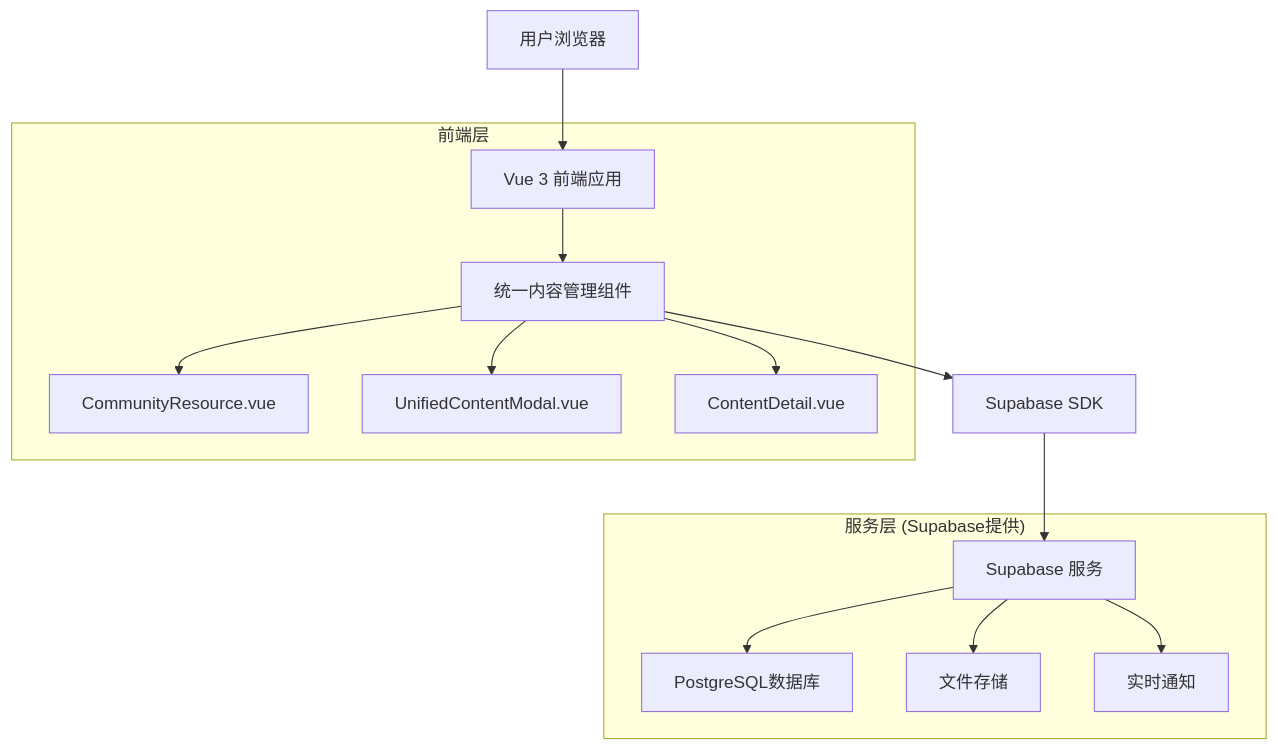
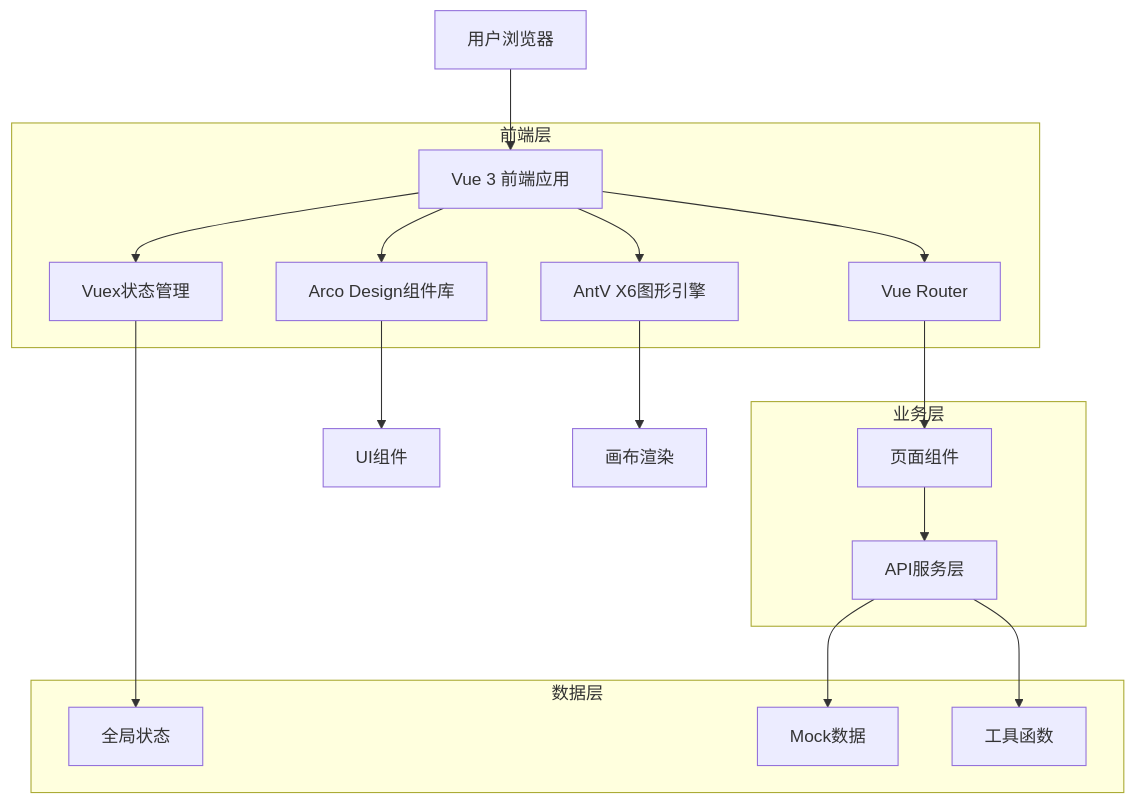
One commit to wenbo0527/data_community changed the first of 2 diagrams in .trae/documents/技术架构设计文档.md. Above: the diagram before and after it, drawn with Mermaid. The commit also changed other lines of this file and 40 other files, not shown here.

````diff
--- a/.trae/documents/技术架构设计文档.md
+++ b/.trae/documents/技术架构设计文档.md
@@ -5,29 +6,36 @@
 ```mermaid
 graph TD
     A[用户浏览器] --> B[Vue 3 前端应用]
-    B --> C[统一内容管理组件]
-    C --> D[Supabase SDK]
-    D --> E[Supabase 服务]
+    B --> C[Vue Router]
+    B --> D[Vuex状态管理]
+    B --> E[Arco Design组件库]
+    B --> F[AntV X6图形引擎]
+    
+    C --> G[页面组件]
+    D --> H[全局状态]
+    E --> I[UI组件]
+    F --> J[画布渲染]
+    
+    G --> K[API服务层]
+    K --> L[Mock数据]
+    K --> M[工具函数]
     
     subgraph "前端层"
         B
         C
-        F[CommunityResource.vue]
-        G[UnifiedContentModal.vue]
-        H[ContentDetail.vue]
+        D
+        E
+        F
     end
     
-    subgraph "服务层 (Supabase提供)"
-        E
-        I[PostgreSQL数据库]
-        J[文件存储]
-        K[实时通知]
+    subgraph "业务层"
+        G
+        K
     end
     
-    C --> F
-    C --> G
-    C --> H
-    E --> I
-    E --> J
-    E --> K
+    subgraph "数据层"
+        L
+        M
+        H
+    end
 ```
````
